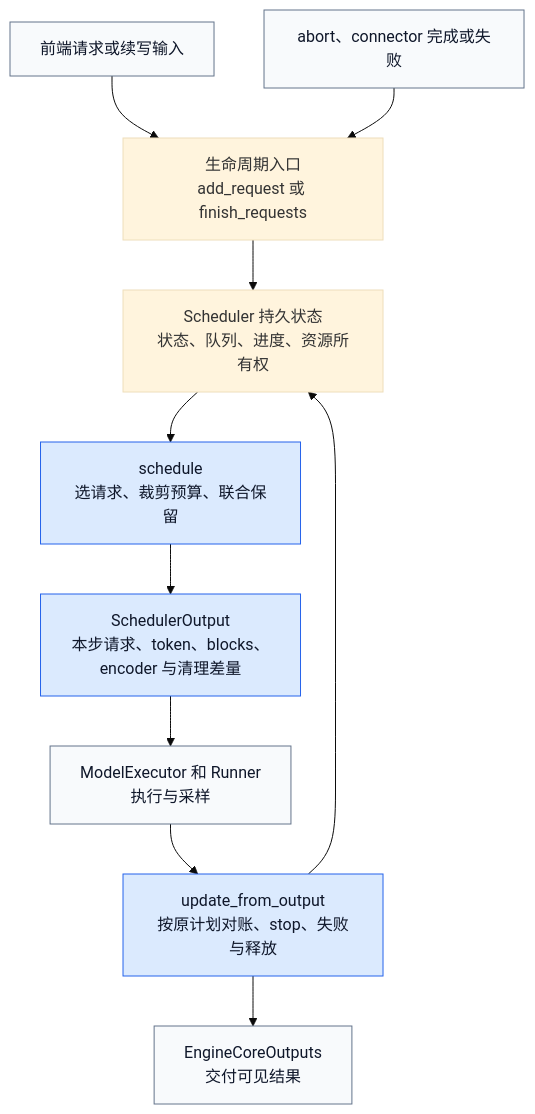
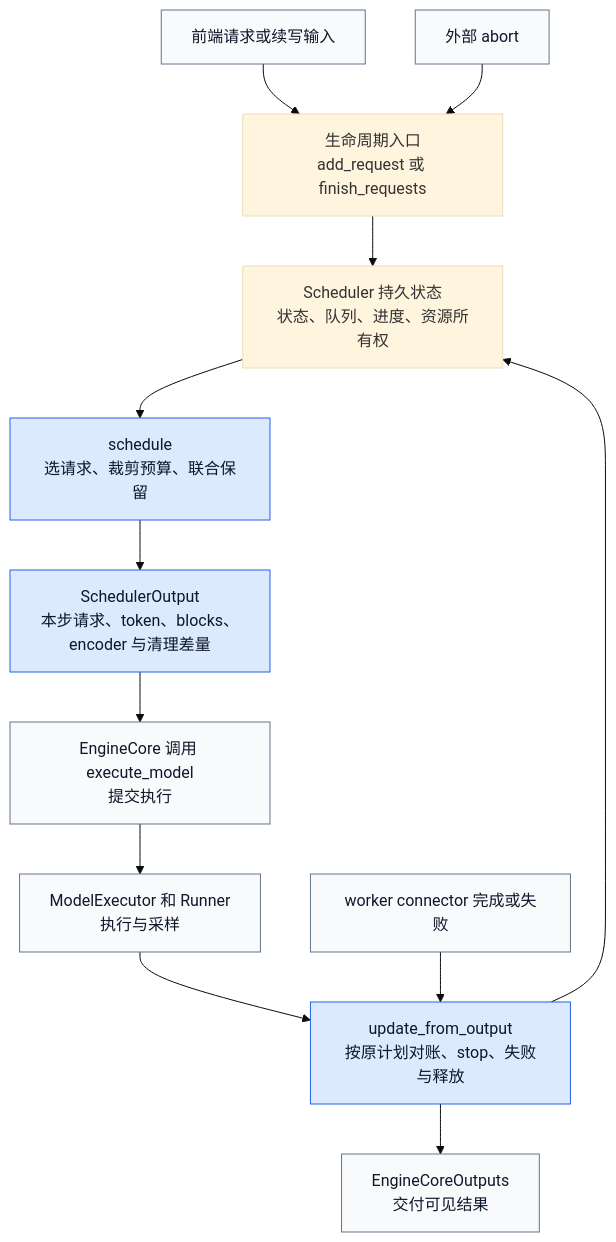
One commit to suhaibo666/llm-knowledge changed the first of 11 diagrams in wiki/02_engineering/03_infer_frameworks/vllm/07_vllm_scheduler_analysis.md. Above: the diagram before and after it, drawn with Mermaid (base theme). The commit also changed other lines of this file and 89 other files, not shown here.

````diff
--- a/wiki/02_engineering/03_infer_frameworks/vllm/07_vllm_scheduler_analysis.md
+++ b/wiki/02_engineering/03_infer_frameworks/vllm/07_vllm_scheduler_analysis.md
@@ -19,16 +19,18 @@
 ```mermaid
 flowchart TB
     A["前端请求或续写输入"] --> L["生命周期入口<br/>add_request 或 finish_requests"]
     L --> S["Scheduler 持久状态<br/>状态、队列、进度、资源所有权"]
     S --> P["schedule<br/>选请求、裁剪预算、联合保留"]
     P --> O["SchedulerOutput<br/>本步请求、token、blocks、encoder 与清理差量"]
-    O --> E["ModelExecutor 和 Runner<br/>执行与采样"]
+    O --> C["EngineCore 调用 execute_model<br/>提交执行"]
+    C --> E["ModelExecutor 和 Runner<br/>执行与采样"]
     E --> U["update_from_output<br/>按原计划对账、stop、失败与释放"]
     U --> R["EngineCoreOutputs<br/>交付可见结果"]
     U --> S
-    X["abort、connector 完成或失败"] --> L
+    X["外部 abort"] --> L
+    K["worker connector 完成或失败"] --> U
     classDef acc fill:#dbeafe,stroke:#2563eb,color:#0f172a
     classDef ext fill:#f8fafc,stroke:#64748b,color:#0f172a
     class P,O,U acc
-    class A,E,R,X ext
+    class A,C,E,R,X,K ext
 ```
````
